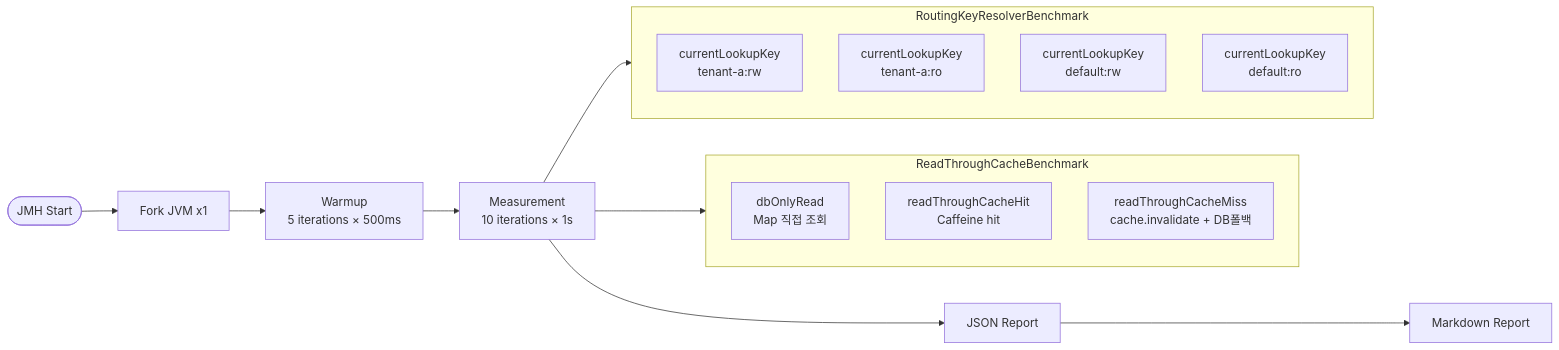
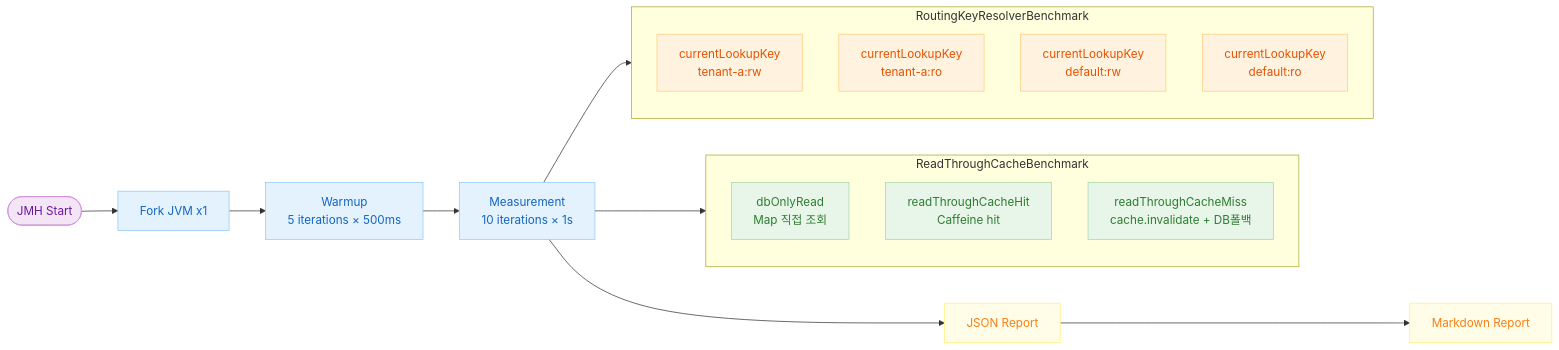
Before and after one commit to bluetape4k/exposed-workshop: the fourth of 4 diagrams in 11-high-performance/04-benchmark/README.md, drawn with Mermaid. The commit also changed other lines of this file and 56 other files, not shown here.

First line of the commit message:
docs: 전체 README mermaid 다이어그램에 파스텔 톤 색상 적용

````diff
--- a/11-high-performance/04-benchmark/README.md
+++ b/11-high-performance/04-benchmark/README.md
@@ -192,29 +207,41 @@
 ```mermaid
 flowchart LR
     Start([JMH Start])
     Fork[Fork JVM x1]
     Warmup[Warmup\n5 iterations × 500ms]
 Measure[Measurement\n10 iterations × 1s]
 Report[JSON Report]
 MD[Markdown Report]
 
 Start --> Fork --> Warmup --> Measure --> Report --> MD
 
 subgraph ReadThroughCacheBenchmark
 direction TB
 RT1[dbOnlyRead\nMap 직접 조회]
 RT2[readThroughCacheHit\nCaffeine hit]
 RT3[readThroughCacheMiss\ncache.invalidate + DB폴백]
 end
 
 subgraph RoutingKeyResolverBenchmark
 direction TB
 RK1[currentLookupKey\ntenant-a:rw]
 RK2[currentLookupKey\ntenant-a:ro]
 RK3[currentLookupKey\ndefault:rw]
 RK4[currentLookupKey\ndefault:ro]
 end
 
 Measure --> ReadThroughCacheBenchmark
 Measure --> RoutingKeyResolverBenchmark
+
+    classDef blue fill:#E3F2FD,stroke:#90CAF9,color:#1565C0
+    classDef green fill:#E8F5E9,stroke:#A5D6A7,color:#2E7D32
+    classDef purple fill:#F3E5F5,stroke:#CE93D8,color:#6A1B9A
+    classDef orange fill:#FFF3E0,stroke:#FFCC80,color:#E65100
+    classDef yellow fill:#FFFDE7,stroke:#FFF176,color:#F57F17
+
+    class Start purple
+    class Fork,Warmup,Measure blue
+    class Report,MD yellow
+    class RT1,RT2,RT3 green
+    class RK1,RK2,RK3,RK4 orange
 ```
````
